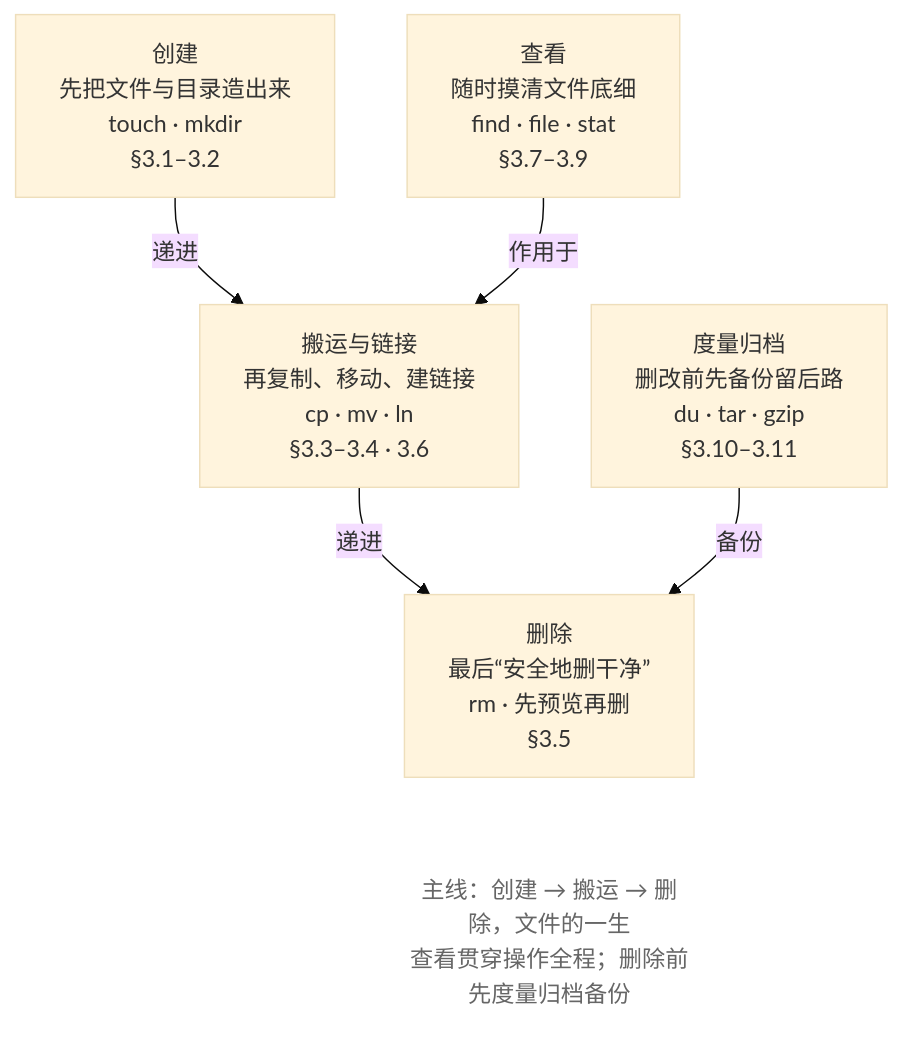
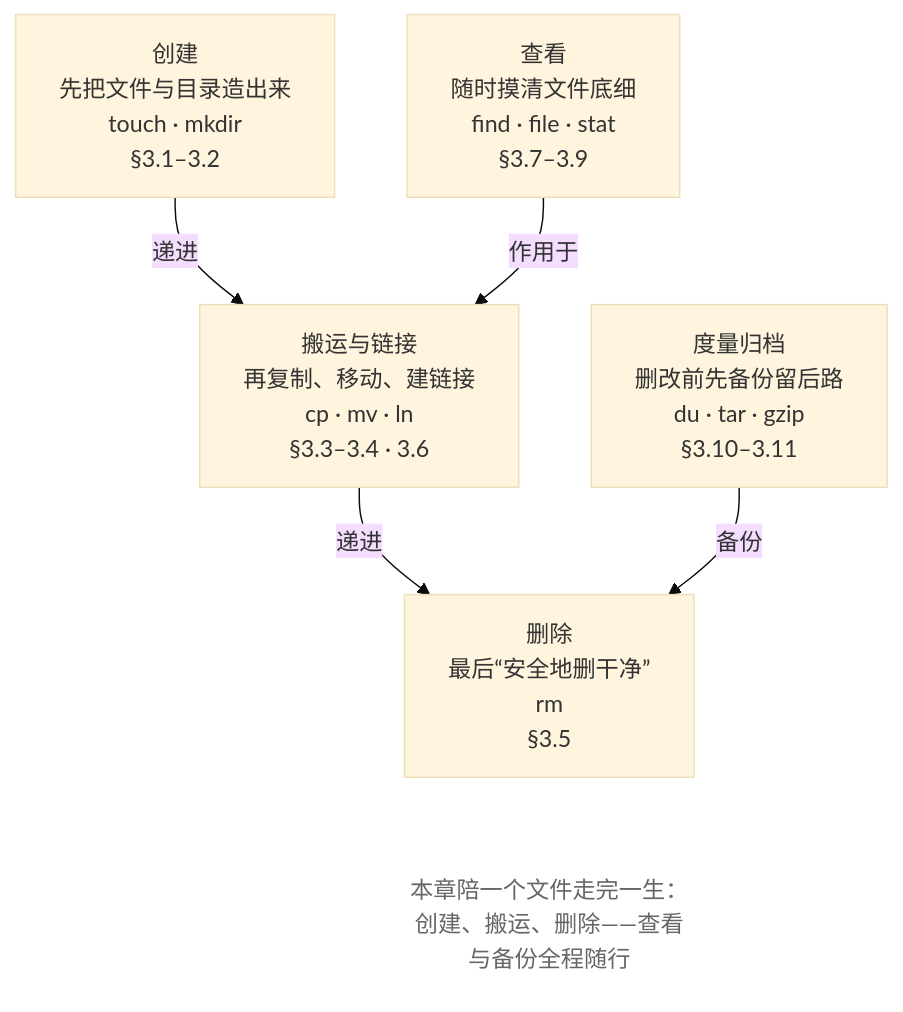
Before and after one commit to wangxiangnan/wangxiangnan.github.io: the first of 2 diagrams in src/linux-command/ch03.md, drawn with Mermaid (base theme). The commit also changed other lines of this file and 25 other files, not shown here.

````diff
--- a/src/linux-command/ch03.md
+++ b/src/linux-command/ch03.md
@@ -14,18 +14,18 @@
 ```mermaid
 flowchart TB
     A["创建<br>先把文件与目录造出来<br>touch · mkdir<br>§3.1–3.2"]
     B["搬运与链接<br>再复制、移动、建链接<br>cp · mv · ln<br>§3.3–3.4 · 3.6"]
     C["查看<br>随时摸清文件底细<br>find · file · stat<br>§3.7–3.9"]
-    D["删除<br>最后“安全地删干净”<br>rm · 先预览再删<br>§3.5"]
+    D["删除<br>最后“安全地删干净”<br>rm<br>§3.5"]
     E["度量归档<br>删改前先备份留后路<br>du · tar · gzip<br>§3.10–3.11"]
-    NOTE["主线：创建 → 搬运 → 删除，文件的一生<br>查看贯穿操作全程；删除前先度量归档备份"]
+    NOTE["本章陪一个文件走完一生：创建、搬运、删除——查看与备份全程随行"]
 
     A -->|递进| B
     B -->|递进| D
     C -->|作用于| B
     E -->|备份| D
     D ~~~ NOTE
 
     classDef note fill:none,stroke:none,color:#666
     class NOTE note
 ```
````
